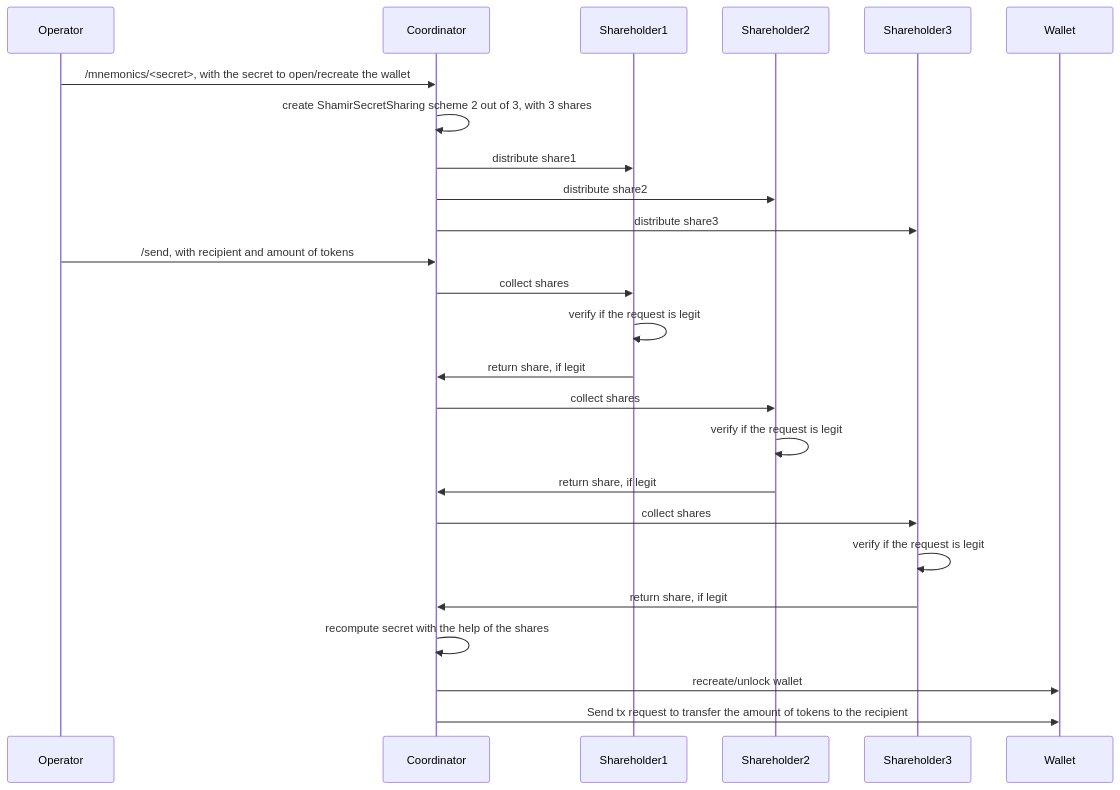
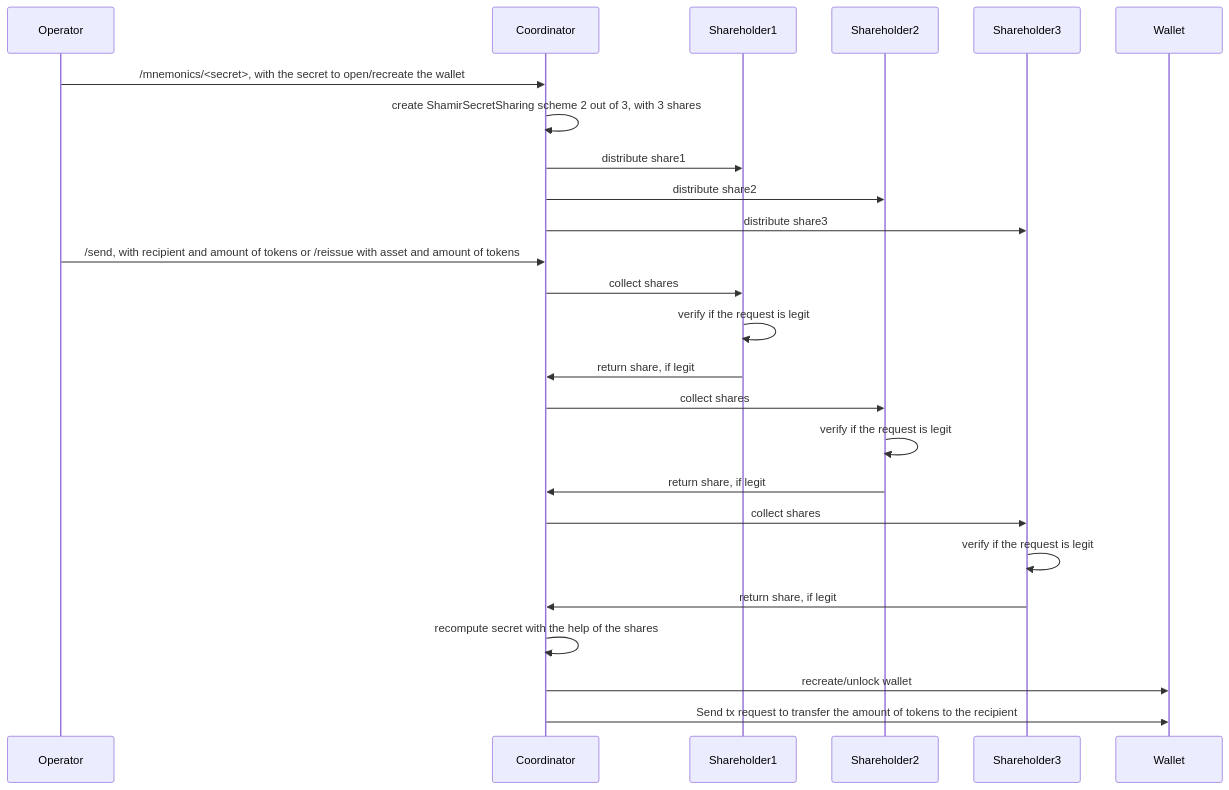
One commit to rddl-network/shamir-coordinator-service changed the diagram in README.md. Above: the diagram before and after it, drawn with Mermaid. The commit also changed other lines of this file, not shown here.

Commit message:
docs: update README with reissue route (#44)

````diff
--- a/README.md
+++ b/README.md
@@ -43,32 +49,32 @@
 ```mermaid
 sequenceDiagram
     participant Operator 
     participant Coordinator
     participant Shareholder1
     participant Shareholder2
     participant Shareholder3
     participant Wallet
 
     Operator->>Coordinator: /mnemonics/<secret>, with the secret to open/recreate the wallet
     Coordinator->>Coordinator: create ShamirSecretSharing scheme 2 out of 3, with 3 shares
     Coordinator->>Shareholder1: distribute share1
     Coordinator->>Shareholder2: distribute share2
     Coordinator->>Shareholder3: distribute share3
 
 
-    Operator->>Coordinator: /send, with recipient and amount of tokens
+    Operator->>Coordinator: /send, with recipient and amount of tokens or /reissue with asset and amount of tokens
     Coordinator->>Shareholder1: collect shares
     Shareholder1->>Shareholder1: verify if the request is legit
     Shareholder1->>Coordinator: return share, if legit
     Coordinator->>Shareholder2: collect shares
     Shareholder2->>Shareholder2: verify if the request is legit
     Shareholder2->>Coordinator: return share, if legit
     Coordinator->>Shareholder3: collect shares
     Shareholder3->>Shareholder3: verify if the request is legit
     Shareholder3->>Coordinator: return share, if legit
     Coordinator->>Coordinator: recompute secret with the help of the shares
     Coordinator->>Wallet: recreate/unlock wallet
     Coordinator->>Wallet: Send tx request to transfer the amount of tokens to the recipient
 
 
 ```
````
